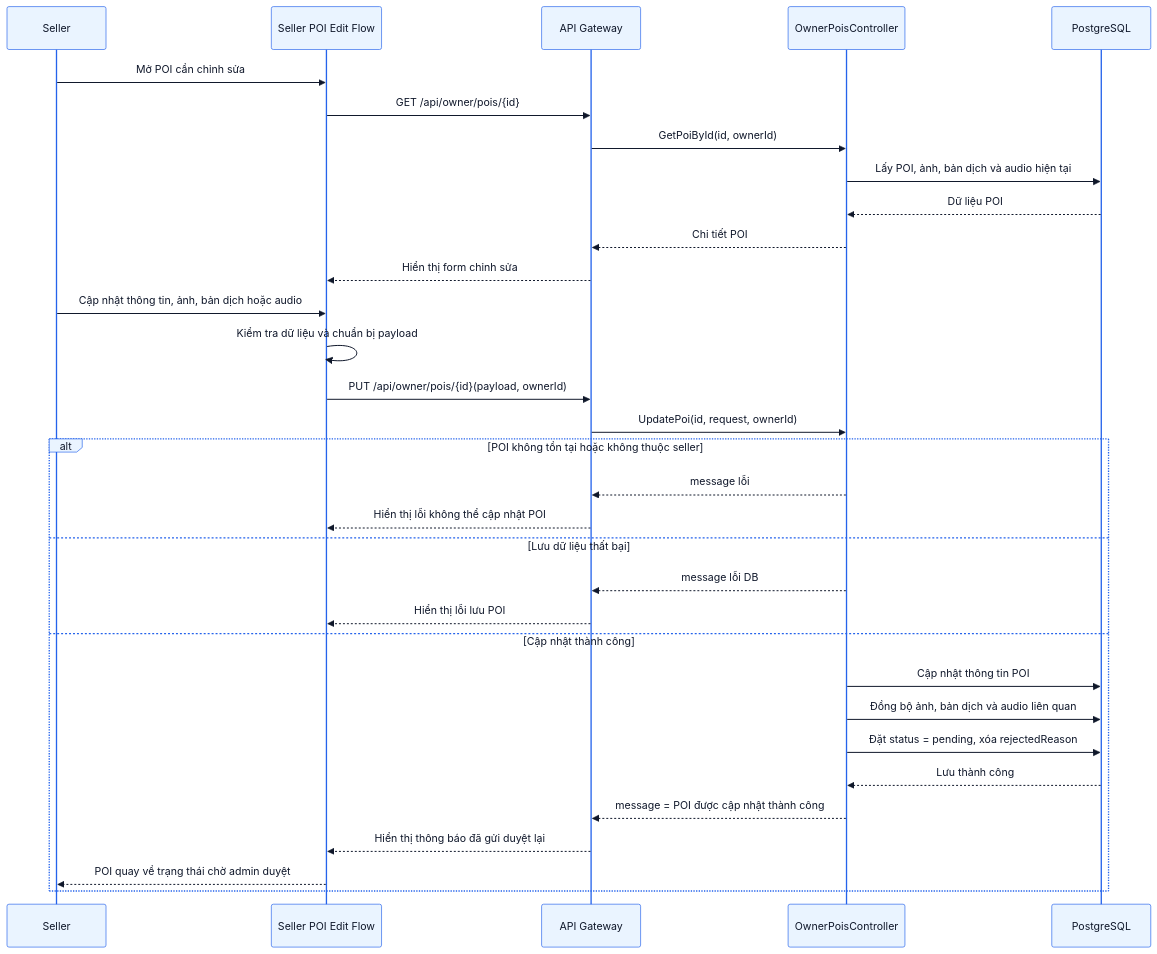
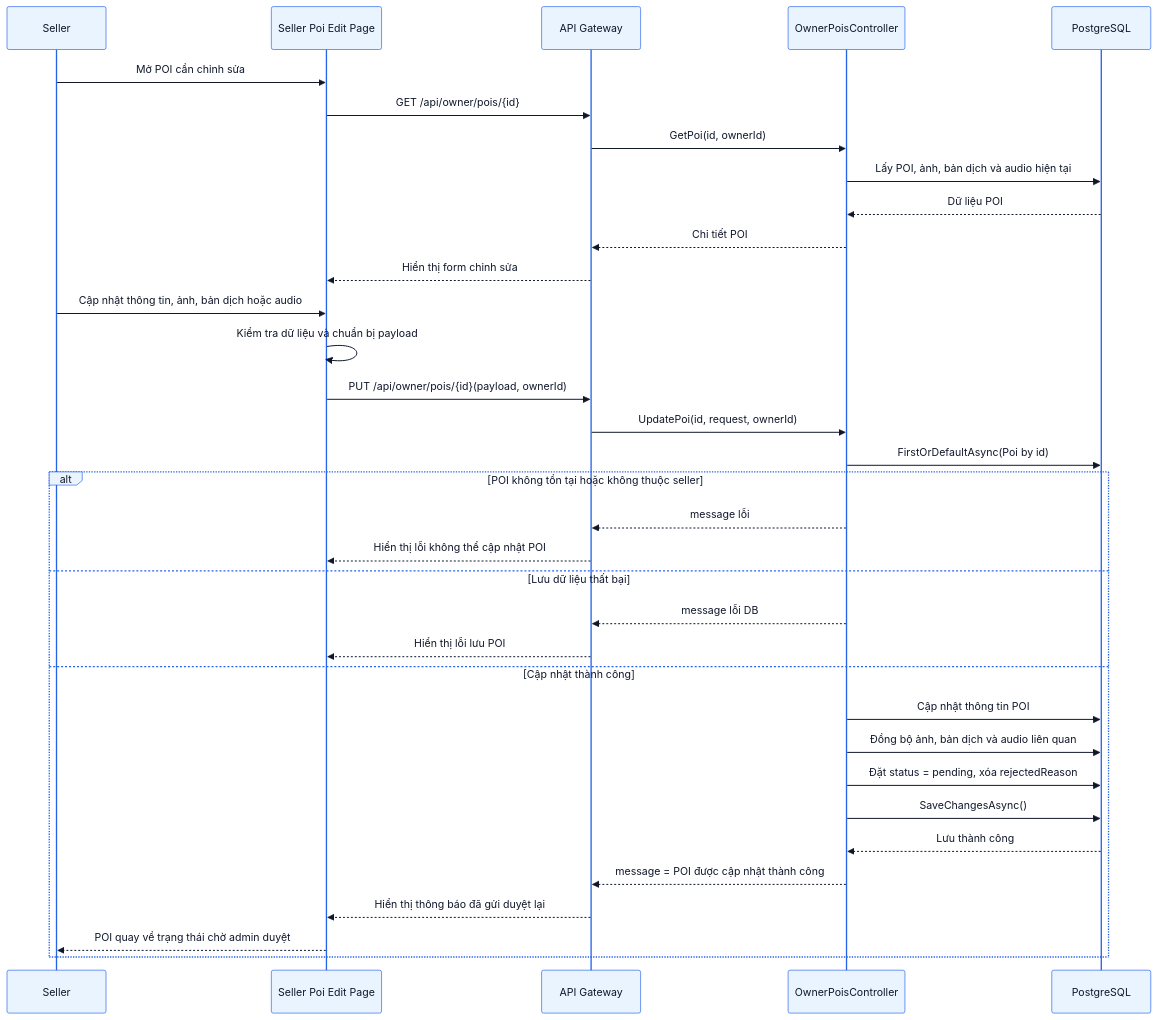
Diagram 11 of 36 in docs/PRD.md (thaiquanghieu/smart-guide-system), drawn with Mermaid before and after one commit. The commit also changed other lines of this file and 18 other files, not shown here.

Commit message:
docs: update PRD and diagrams

````diff
--- a/docs/PRD.md
+++ b/docs/PRD.md
@@ -1383,53 +1499,55 @@
 ```mermaid
 %%{init: {
   "theme": "base",
   "themeVariables": {
     "primaryColor": "#EAF4FF",
     "primaryBorderColor": "#2563EB",
     "primaryTextColor": "#0F172A",
     "lineColor": "#2563EB",
     "secondaryColor": "#DBEAFE",
     "tertiaryColor": "#F8FBFF",
     "noteBkgColor": "#EFF6FF",
     "noteBorderColor": "#3B82F6",
     "activationBorderColor": "#2563EB",
     "activationBkgColor": "#DBEAFE",
     "sequenceNumberColor": "#0F172A"
   }
 }}%%
 sequenceDiagram
     participant Seller as Seller
-    participant EditFlow as Seller POI Edit Flow
+    participant EditFlow as Seller Poi Edit Page
     participant API as API Gateway
     participant OwnerCtl as OwnerPoisController
     participant DB as PostgreSQL
 
     Seller ->> EditFlow: Mở POI cần chỉnh sửa
     EditFlow ->> API: GET /api/owner/pois/{id}
-    API ->> OwnerCtl: GetPoiById(id, ownerId)
+    API ->> OwnerCtl: GetPoi(id, ownerId)
     OwnerCtl ->> DB: Lấy POI, ảnh, bản dịch và audio hiện tại
     DB -->> OwnerCtl: Dữ liệu POI
     OwnerCtl -->> API: Chi tiết POI
     API -->> EditFlow: Hiển thị form chỉnh sửa
 
     Seller ->> EditFlow: Cập nhật thông tin, ảnh, bản dịch hoặc audio
     EditFlow ->> EditFlow: Kiểm tra dữ liệu và chuẩn bị payload
     EditFlow ->> API: PUT /api/owner/pois/{id}(payload, ownerId)
     API ->> OwnerCtl: UpdatePoi(id, request, ownerId)
+    OwnerCtl ->> DB: FirstOrDefaultAsync(Poi by id)
 
     alt POI không tồn tại hoặc không thuộc seller
         OwnerCtl -->> API: message lỗi
         API -->> EditFlow: Hiển thị lỗi không thể cập nhật POI
     else Lưu dữ liệu thất bại
         OwnerCtl -->> API: message lỗi DB
         API -->> EditFlow: Hiển thị lỗi lưu POI
     else Cập nhật thành công
         OwnerCtl ->> DB: Cập nhật thông tin POI
         OwnerCtl ->> DB: Đồng bộ ảnh, bản dịch và audio liên quan
         OwnerCtl ->> DB: Đặt status = pending, xóa rejectedReason
+        OwnerCtl ->> DB: SaveChangesAsync()
         DB -->> OwnerCtl: Lưu thành công
         OwnerCtl -->> API: message = POI được cập nhật thành công
         API -->> EditFlow: Hiển thị thông báo đã gửi duyệt lại
         EditFlow -->> Seller: POI quay về trạng thái chờ admin duyệt
     end
 ```
````
